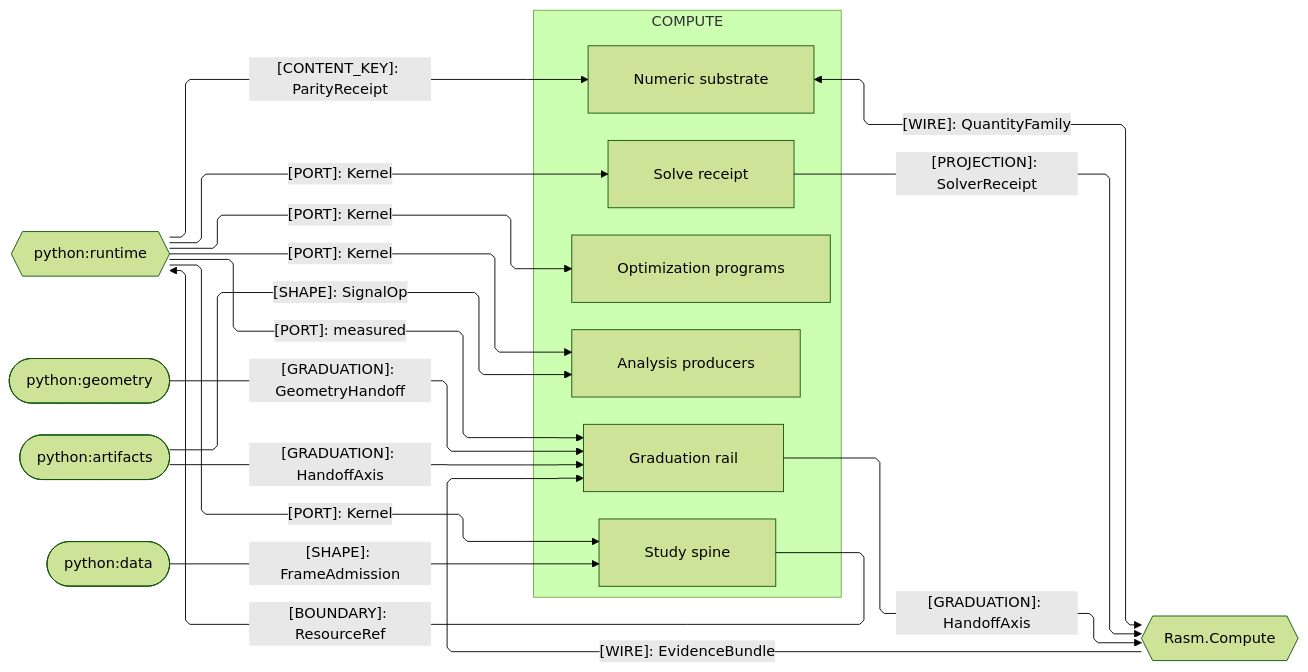
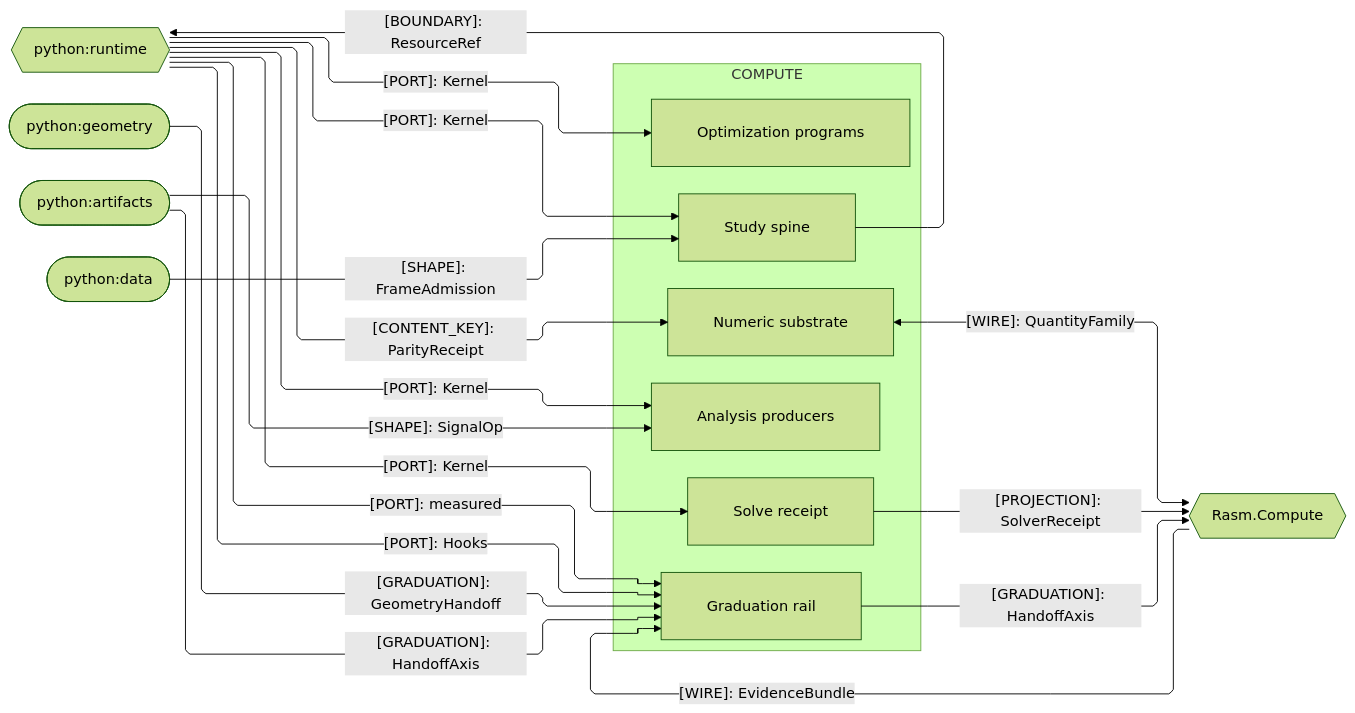
One commit to bsamiee/Rasm changed the first of 3 diagrams in libs/python/compute/ARCHITECTURE.md. Above: the diagram before and after it, drawn with Mermaid (forest theme). The commit also changed other lines of this file and 195 other files, not shown here.

````diff
--- a/libs/python/compute/ARCHITECTURE.md
+++ b/libs/python/compute/ARCHITECTURE.md
@@ -45,40 +46,41 @@
 ```mermaid
 ---
 config:
   layout: elk
   flowchart:
     curve: linear
     padding: 25
 ---
 flowchart LR
     accTitle: Compute package seam registry
     accDescr: Compute sub-domain owners exchanging graduation evidence, quantities, content keys, frame shapes, and the runtime Kernel port with Rasm.Compute and the Python geometry, artifacts, runtime, and data peers, edge rails colored by kind and nodes classed by seam direction.
     subgraph compute[COMPUTE]
         Graduation[Graduation rail]
         Solvers[Solve receipt]
         Numerics[Numeric substrate]
         Experiments[Study spine]
         Analysis[Analysis producers]
         Optimization[Optimization programs]
     end
     Compute{{Rasm.Compute}}
     Runtime{{python:runtime}}
     Geometry([python:geometry])
     Artifacts([python:artifacts])
     Data([python:data])
     Graduation e1@-->|"[GRADUATION]: HandoffAxis"| Compute
     Compute e2@-->|"[WIRE]: EvidenceBundle"| Graduation
     Solvers e3@-->|"[PROJECTION]: SolverReceipt"| Compute
     Numerics e4@<-->|"[WIRE]: QuantityFamily"| Compute
     Geometry e5@-->|"[GRADUATION]: GeometryHandoff"| Graduation
     Artifacts e6@-->|"[GRADUATION]: HandoffAxis"| Graduation
     Artifacts e7@-->|"[SHAPE]: SignalOp"| Analysis
     Runtime e8@-->|"[CONTENT_KEY]: ParityReceipt"| Numerics
     Experiments e9@-->|"[BOUNDARY]: ResourceRef"| Runtime
     Data e10@-->|"[SHAPE]: FrameAdmission"| Experiments
     Runtime e11@-->|"[PORT]: Kernel"| Solvers
     Runtime e12@-->|"[PORT]: measured"| Graduation
+    Runtime e16@-->|"[PORT]: Hooks"| Graduation
     Runtime e13@-->|"[PORT]: Kernel"| Experiments
     Runtime e14@-->|"[PORT]: Kernel"| Analysis
     Runtime e15@-->|"[PORT]: Kernel"| Optimization
 ```
````
